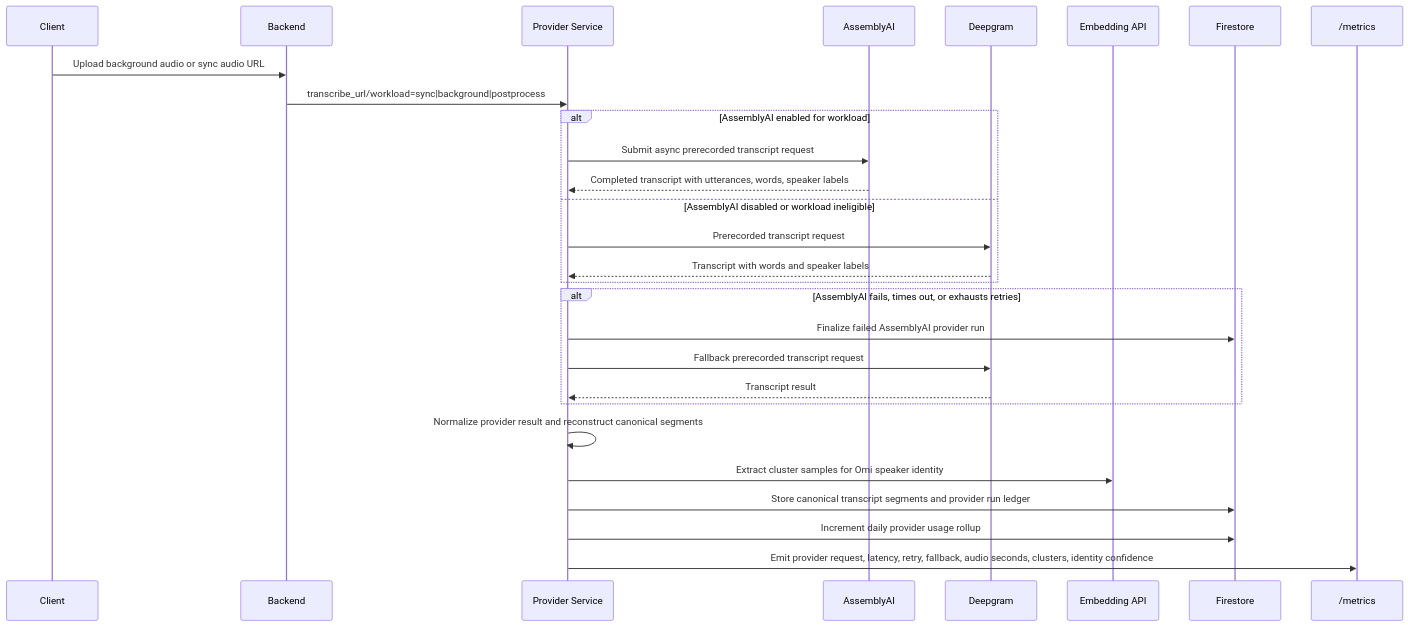
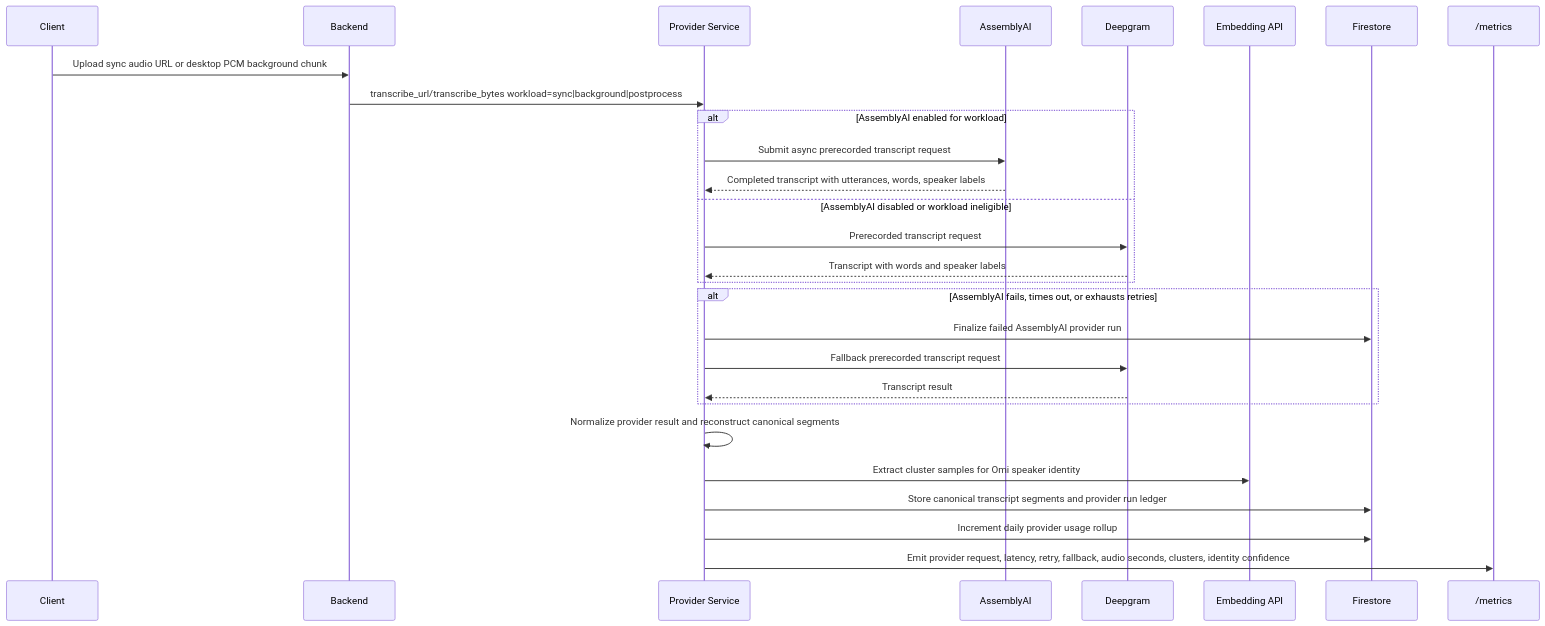
The seventh of 7 diagrams in docs/doc/developer/backend/listen_pusher_pipeline.mdx (BasedHardware/omi), drawn with Mermaid before and after one commit. The commit also changed other lines of this file and 23 other files, not shown here.

First line of the commit message:
Add desktop AssemblyAI batch background transcription path.

````diff
--- a/docs/doc/developer/backend/listen_pusher_pipeline.mdx
+++ b/docs/doc/developer/backend/listen_pusher_pipeline.mdx
@@ -242,33 +250,33 @@
 ```mermaid
 sequenceDiagram
     participant Client
     participant Backend as Backend
     participant ProviderService as Provider Service
     participant AssemblyAI
     participant Deepgram
     participant EmbeddingAPI as Embedding API
     participant Firestore
     participant Metrics as /metrics
 
-    Client->>Backend: Upload background audio or sync audio URL
-    Backend->>ProviderService: transcribe_url/workload=sync|background|postprocess
+    Client->>Backend: Upload sync audio URL or desktop PCM background chunk
+    Backend->>ProviderService: transcribe_url/transcribe_bytes workload=sync|background|postprocess
     alt AssemblyAI enabled for workload
         ProviderService->>AssemblyAI: Submit async prerecorded transcript request
         AssemblyAI-->>ProviderService: Completed transcript with utterances, words, speaker labels
     else AssemblyAI disabled or workload ineligible
         ProviderService->>Deepgram: Prerecorded transcript request
         Deepgram-->>ProviderService: Transcript with words and speaker labels
     end
 
     alt AssemblyAI fails, times out, or exhausts retries
         ProviderService->>Firestore: Finalize failed AssemblyAI provider run
         ProviderService->>Deepgram: Fallback prerecorded transcript request
         Deepgram-->>ProviderService: Transcript result
     end
 
-    ProviderService->>ProviderService: Normalize provider result and reconstruct canonical segments
+ProviderService->>ProviderService: Normalize provider result and reconstruct canonical segments
     ProviderService->>EmbeddingAPI: Extract cluster samples for Omi speaker identity
     ProviderService->>Firestore: Store canonical transcript segments and provider run ledger
     ProviderService->>Firestore: Increment daily provider usage rollup
     ProviderService->>Metrics: Emit provider request, latency, retry, fallback, audio seconds, clusters, identity confidence
 ```
````
